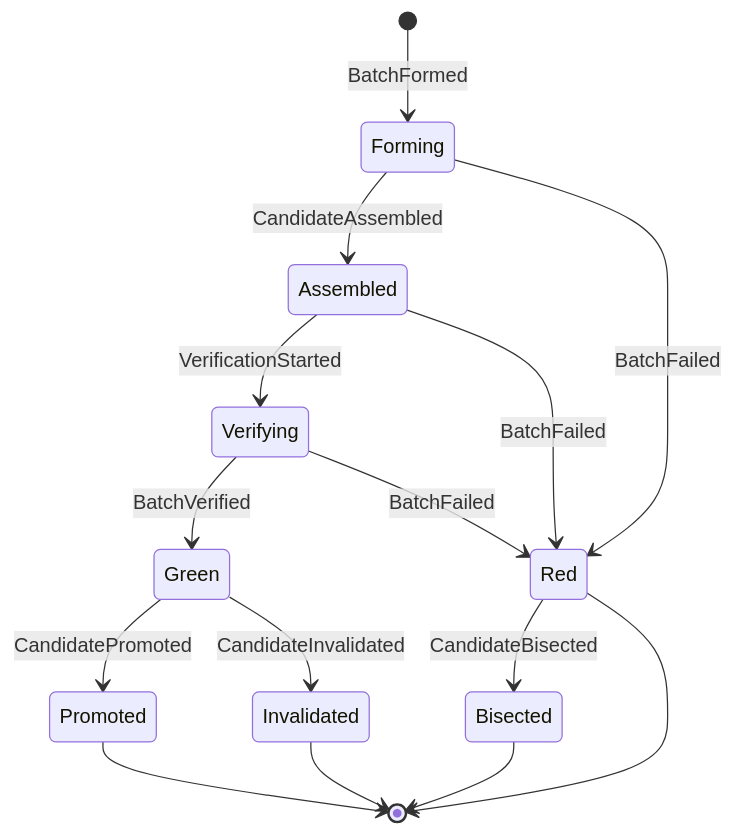
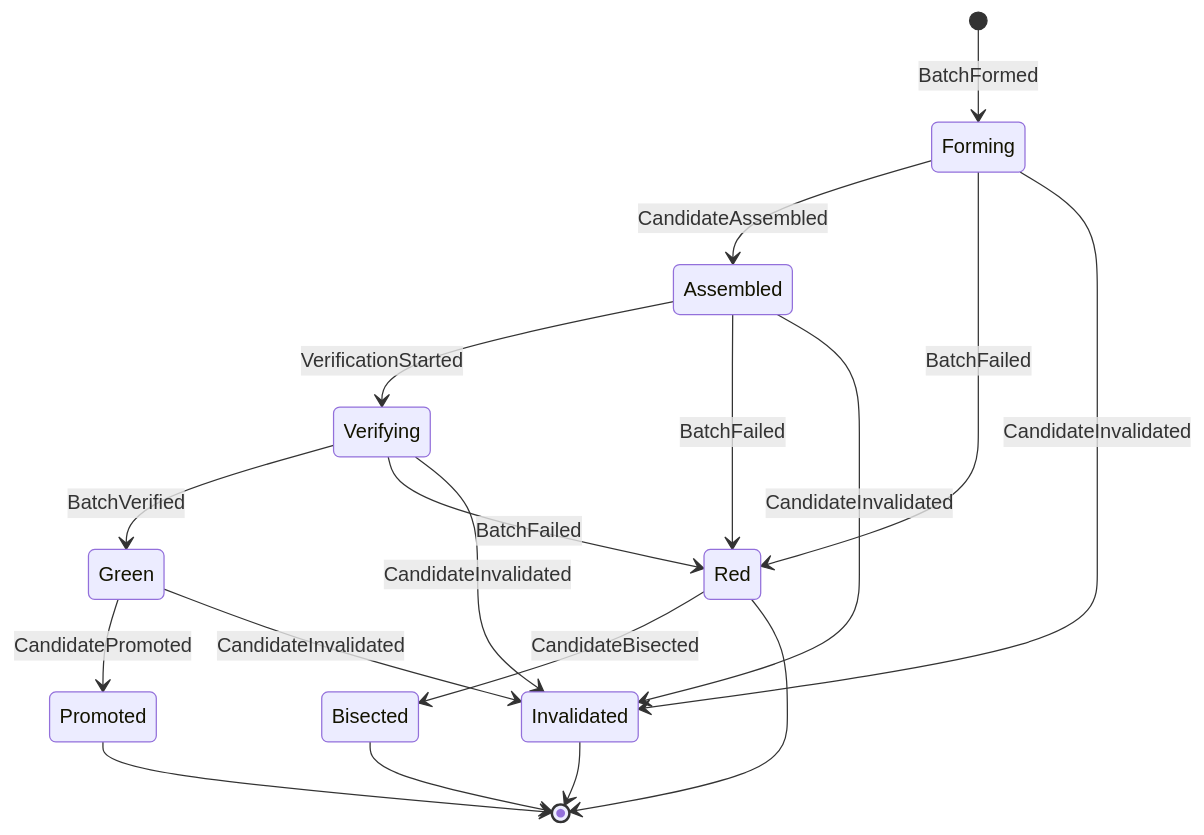
Before and after one commit to bimsonz/keel: the fifth of 12 diagrams in docs/domain/state-machines.md, drawn with Mermaid. The commit also changed other lines of this file and 52 other files, not shown here.

````diff
--- a/docs/domain/state-machines.md
+++ b/docs/domain/state-machines.md
@@ -309,17 +309,20 @@
 ```mermaid
 stateDiagram-v2
   [*] --> Forming: BatchFormed
   Forming --> Assembled: CandidateAssembled
   Forming --> Red: BatchFailed
+  Forming --> Invalidated: CandidateInvalidated
   Assembled --> Verifying: VerificationStarted
   Assembled --> Red: BatchFailed
+  Assembled --> Invalidated: CandidateInvalidated
   Verifying --> Green: BatchVerified
   Verifying --> Red: BatchFailed
+  Verifying --> Invalidated: CandidateInvalidated
   Green --> Promoted: CandidatePromoted
   Green --> Invalidated: CandidateInvalidated
   Red --> Bisected: CandidateBisected
   Red --> [*]
   Promoted --> [*]
   Invalidated --> [*]
   Bisected --> [*]
 ```
````
